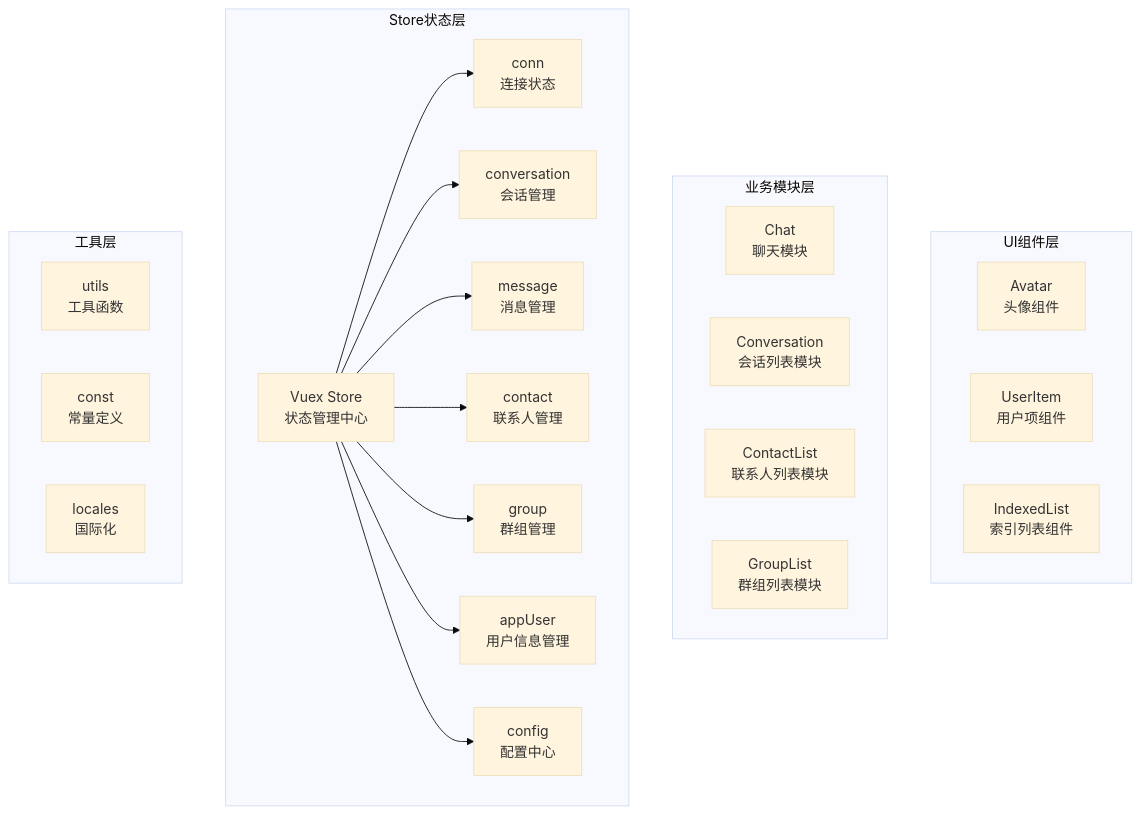
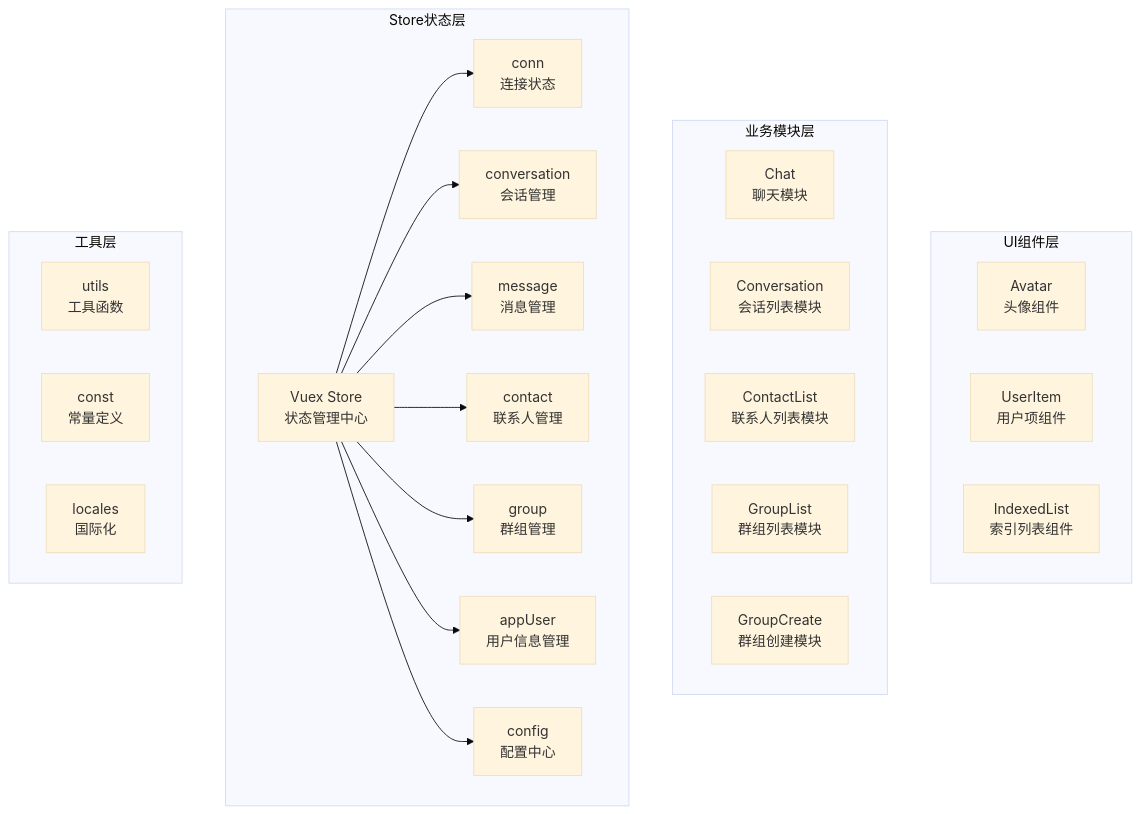
Before and after one commit to Easemob-Community/easemob-uikit-uniapp-community: the first of 3 diagrams in .qoder/repowiki/zh/content/快速开始.md, drawn with Mermaid (base theme). The commit also changed other lines of this file and 5 other files, not shown here.

````diff
--- a/.qoder/repowiki/zh/content/快速开始.md
+++ b/.qoder/repowiki/zh/content/快速开始.md
@@ -48,36 +53,37 @@
 ```mermaid
 graph TB
 subgraph "UI组件层"
 A_Avatar["Avatar<br/>头像组件"]
 A_UserItem["UserItem<br/>用户项组件"]
 A_IndexedList["IndexedList<br/>索引列表组件"]
 end
 subgraph "业务模块层"
 B_Chat["Chat<br/>聊天模块"]
 B_Conversation["Conversation<br/>会话列表模块"]
 B_ContactList["ContactList<br/>联系人列表模块"]
 B_GroupList["GroupList<br/>群组列表模块"]
+B_GroupCreate["GroupCreate<br/>群组创建模块"]
 end
 subgraph "Store状态层"
 C_Store["Vuex Store<br/>状态管理中心"]
 C_Conn["conn<br/>连接状态"]
 C_Conversation["conversation<br/>会话管理"]
 C_Message["message<br/>消息管理"]
 C_Contact["contact<br/>联系人管理"]
 C_Group["group<br/>群组管理"]
 C_AppUser["appUser<br/>用户信息管理"]
 C_Config["config<br/>配置中心"]
 end
 subgraph "工具层"
 D_Utils["utils<br/>工具函数"]
 D_Const["const<br/>常量定义"]
 D_Locales["locales<br/>国际化"]
 end
 C_Store --> C_Conn
 C_Store --> C_Conversation
 C_Store --> C_Message
 C_Store --> C_Contact
 C_Store --> C_Group
 C_Store --> C_AppUser
 C_Store --> C_Config
 ```
````
